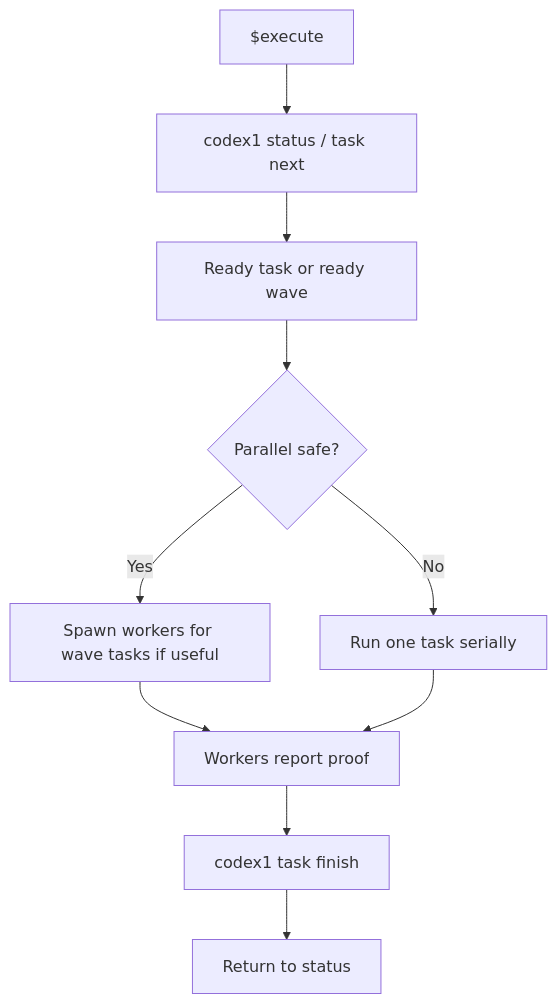
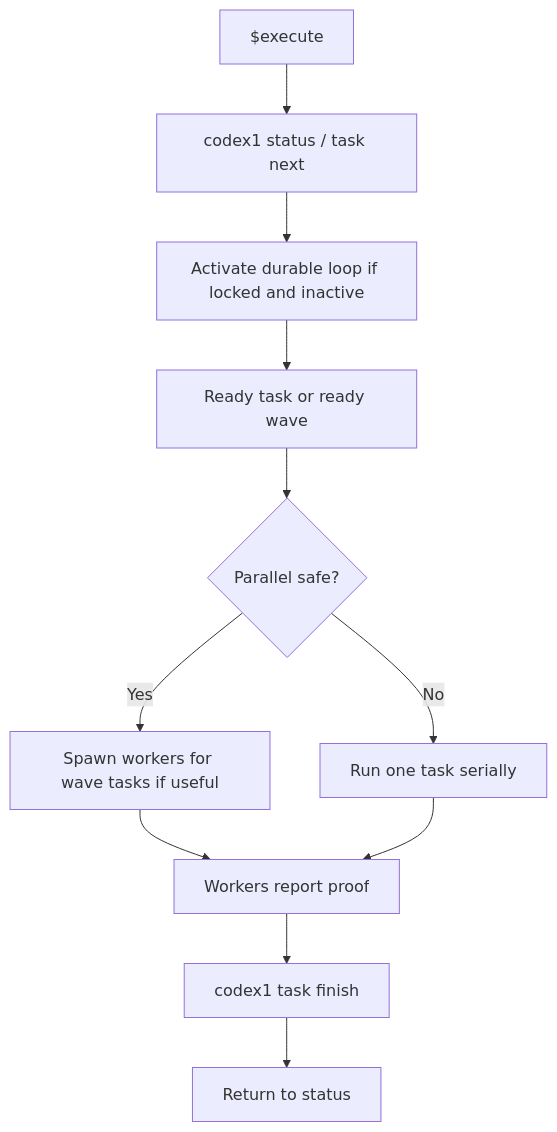
Before and after one commit to JoelEmanuelNilsson/codex1: the fourth of 7 diagrams in docs/codex1-rebuild-handoff/01-product-flow.md, drawn with Mermaid. The commit also changed other lines of this file and 9 other files, not shown here.

````diff
--- a/docs/codex1-rebuild-handoff/01-product-flow.md
+++ b/docs/codex1-rebuild-handoff/01-product-flow.md
@@ -213,12 +222,13 @@
 ```mermaid
 flowchart TD
     Start["$execute"] --> Status["codex1 status / task next"]
-    Status --> Ready["Ready task or ready wave"]
+    Status --> Activate["Activate durable loop if locked and inactive"]
+    Activate --> Ready["Ready task or ready wave"]
     Ready --> Safe{"Parallel safe?"}
     Safe -->|Yes| Workers["Spawn workers for wave tasks if useful"]
     Safe -->|No| Single["Run one task serially"]
     Workers --> Proof["Workers report proof"]
     Single --> Proof
     Proof --> Finish["codex1 task finish"]
     Finish --> Next["Return to status"]
 ```
````
